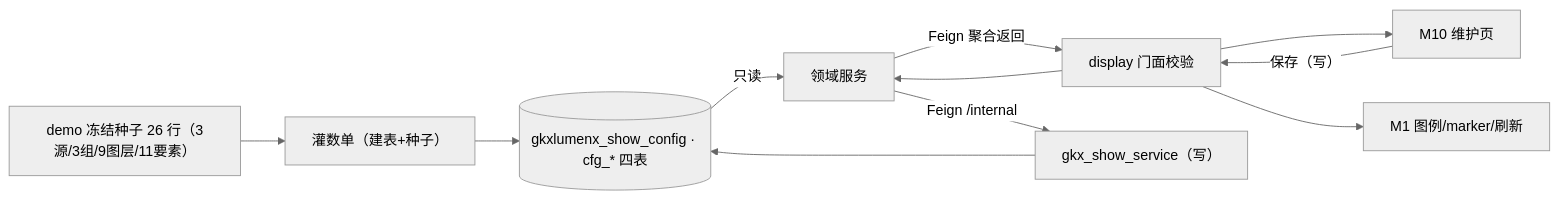
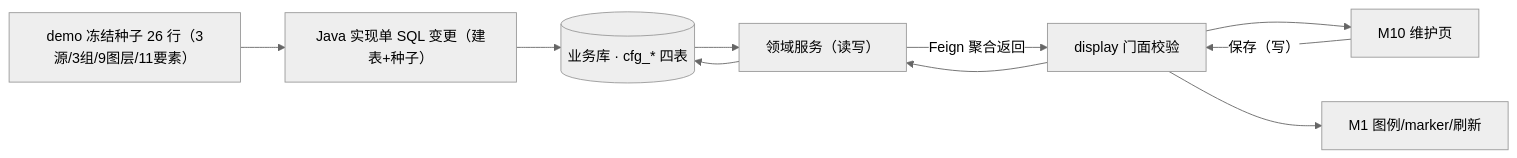
Before and after one commit to Marisolebxf/-: the second of 2 diagrams in agent-delivery/agent-handoffs/科技发展态势-TS/sdd/l2/TS-L2-M10-LAYER-ARCH.md, drawn with Mermaid (neutral theme). The commit also changed other lines of this file and 9 other files, not shown here.

````diff
--- a/agent-delivery/agent-handoffs/科技发展态势-TS/sdd/l2/TS-L2-M10-LAYER-ARCH.md
+++ b/agent-delivery/agent-handoffs/科技发展态势-TS/sdd/l2/TS-L2-M10-LAYER-ARCH.md
@@ -93,9 +99,9 @@
 ```mermaid
 flowchart LR
-  seed["demo 冻结种子 26 行（3源/3组/9图层/11要素）"] --> pyw["灌数单（建表+种子）"] --> tables[("gkxlumenx_show_config · cfg_* 四表")]
-  fe["M10 维护页"] -->|"保存（写）"| bff["display 门面校验"] --> dom["领域服务"] -->|"Feign /internal"| pysvc["gkx_show_service（写）"] --> tables
-  tables -->|"只读"| dom
+  seed["demo 冻结种子 26 行（3源/3组/9图层/11要素）"] --> sqlmig["Java 实现单 SQL 变更（建表+种子）"] --> tables[("业务库 · cfg_* 四表")]
+  fe["M10 维护页"] -->|"保存（写）"| bff["display 门面校验"] --> dom["领域服务（读写）"] --> tables
+  tables --> dom
   dom -->|"Feign 聚合返回"| bff
   bff --> fe
   bff --> m1["M1 图例/marker/刷新"]
 ```
````
